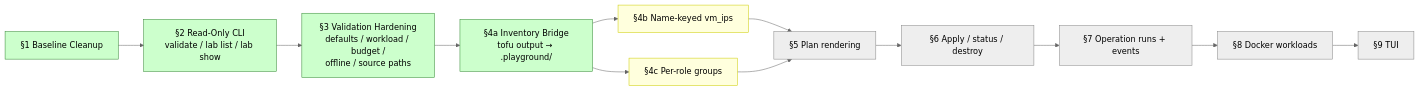
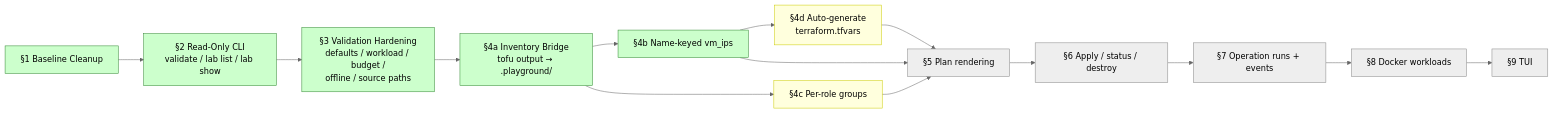
One commit to spicysauce1955-stack/playground changed the seventh of 7 diagrams in docs/system_overview.md. Above: the diagram before and after it, drawn with Mermaid (neutral theme). The commit also changed other lines of this file and 7 other files, not shown here.

````diff
--- a/docs/system_overview.md
+++ b/docs/system_overview.md
@@ -360,27 +360,29 @@
 ```mermaid
 flowchart LR
     s1[§1 Baseline Cleanup]
     s2[§2 Read-Only CLI<br/>validate / lab list / lab show]
     s3[§3 Validation Hardening<br/>defaults / workload / budget /<br/>offline / source paths]
     s4a[§4a Inventory Bridge<br/>tofu output → .playground/]
     s4b[§4b Name-keyed vm_ips]
     s4c[§4c Per-role groups]
     s5[§5 Plan rendering]
     s6[§6 Apply / status / destroy]
     s7[§7 Operation runs + events]
     s8[§8 Docker workloads]
     s9[§9 TUI]
 
     s1 --> s2 --> s3 --> s4a --> s4b
     s4a --> s4c
+    s4b --> s4d[§4d Auto-generate<br/>terraform.tfvars]
     s4b --> s5
     s4c --> s5
+    s4d --> s5
     s5 --> s6 --> s7 --> s8 --> s9
 
     classDef done fill:#cfc,stroke:#383
     classDef next fill:#ffd,stroke:#cc0
     classDef queued fill:#eee,stroke:#888
-    class s1,s2,s3,s4a done
-    class s4b,s4c next
+    class s1,s2,s3,s4a,s4b done
+    class s4c,s4d next
     class s5,s6,s7,s8,s9 queued
 ```
````
